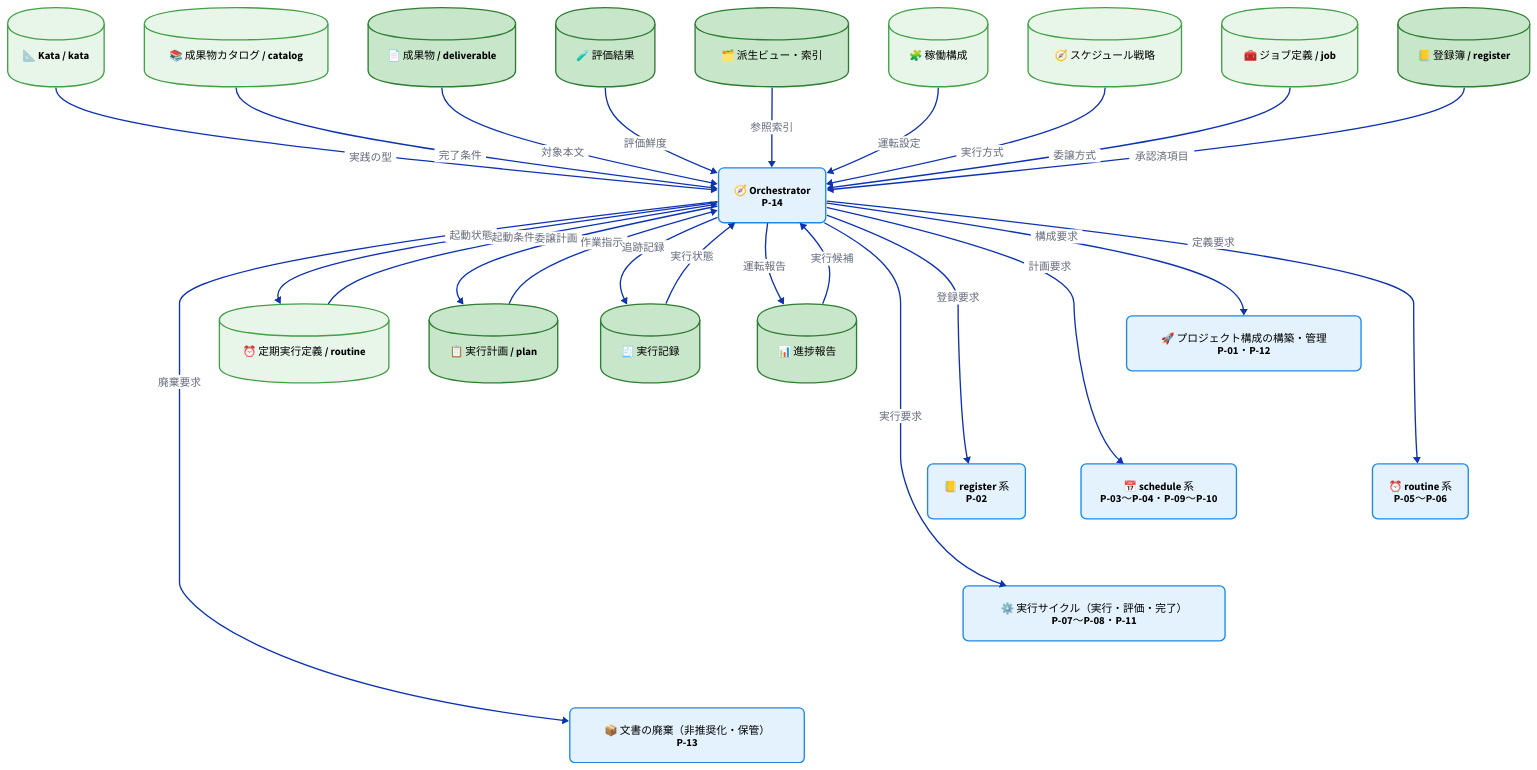
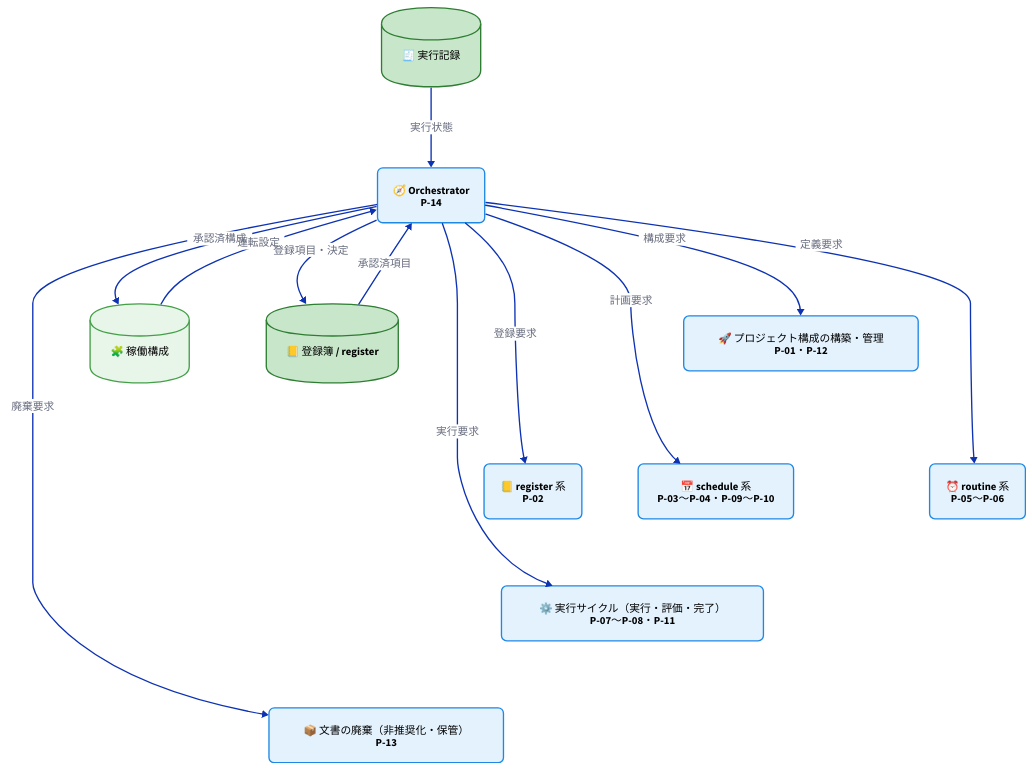
One commit to specdojo/specdojo changed the third of 4 diagrams in docs/ja/product/010-business-specs/010-data-flow/cdfd-overview.md. Above: the diagram before and after it, drawn with D2. The commit also changed other lines of this file and 5 other files, not shown here.

Commit message:
exec(register PJR-KV58): 全体概要の Orchestrator の図を直接のデータストアだけに絞る

```diff
--- a/docs/ja/product/010-business-specs/010-data-flow/cdfd-overview.md
+++ b/docs/ja/product/010-business-specs/010-data-flow/cdfd-overview.md
@@ -401,39 +401,7 @@
   class: process
 }
 
-kata: "📐 Kata / kata" {
-  class: store_master
-}
-
-catalog: "📚 成果物カタログ / catalog" {
-  class: store_master
-}
-
-deliverables: "📄 成果物 / deliverable" {
-  class: store_transaction
-}
-
-grade: "🧪 評価結果" {
-  class: store_transaction
-}
-
-derived: "🗂️ 派生ビュー・索引" {
-  class: store_transaction
-}
-
 config: "🧩 稼働構成" {
-  class: store_master
-}
-
-strategy: "🧭 スケジュール戦略" {
-  class: store_master
-}
-
-routine: "⏰ 定期実行定義 / routine" {
-  class: store_master
-}
-
-job: "🧰 ジョブ定義 / job" {
   class: store_master
 }
 
@@ -441,15 +409,7 @@
   class: store_transaction
 }
 
-exec_plan: "📋 実行計画 / plan" {
-  class: store_transaction
-}
-
 exec_log: "🧾 実行記録" {
-  class: store_transaction
-}
-
-report: "📊 進捗報告" {
   class: store_transaction
 }
 
@@ -459,23 +419,11 @@
 orchestrator -> routine_sys: "定義要求"
 orchestrator -> exec_cycle: "実行要求"
 orchestrator -> deprecation: "廃棄要求"
-orchestrator <- kata: "実践の型"
-orchestrator <- catalog: "完了条件"
-orchestrator <- deliverables: "対象本文"
-orchestrator <- grade: "評価鮮度"
-orchestrator <- derived: "参照索引"
 orchestrator <- config: "運転設定"
-orchestrator <- strategy: "実行方式"
-orchestrator <- routine: "起動条件"
-orchestrator -> routine: "起動状態"
-orchestrator <- job: "委譲方式"
+orchestrator -> config: "承認済構成"
 orchestrator <- register: "承認済項目"
-orchestrator <- exec_plan: "作業指示"
-orchestrator -> exec_plan: "委譲計画"
+orchestrator -> register: "登録項目・決定"
 orchestrator <- exec_log: "実行状態"
-orchestrator -> exec_log: "追跡記録"
-orchestrator <- report: "実行候補"
-orchestrator -> report: "運転報告"
 
 # 配置制御用（受け渡しではない）
 project_config -> register_sys: {style.opacity: 0}
```
